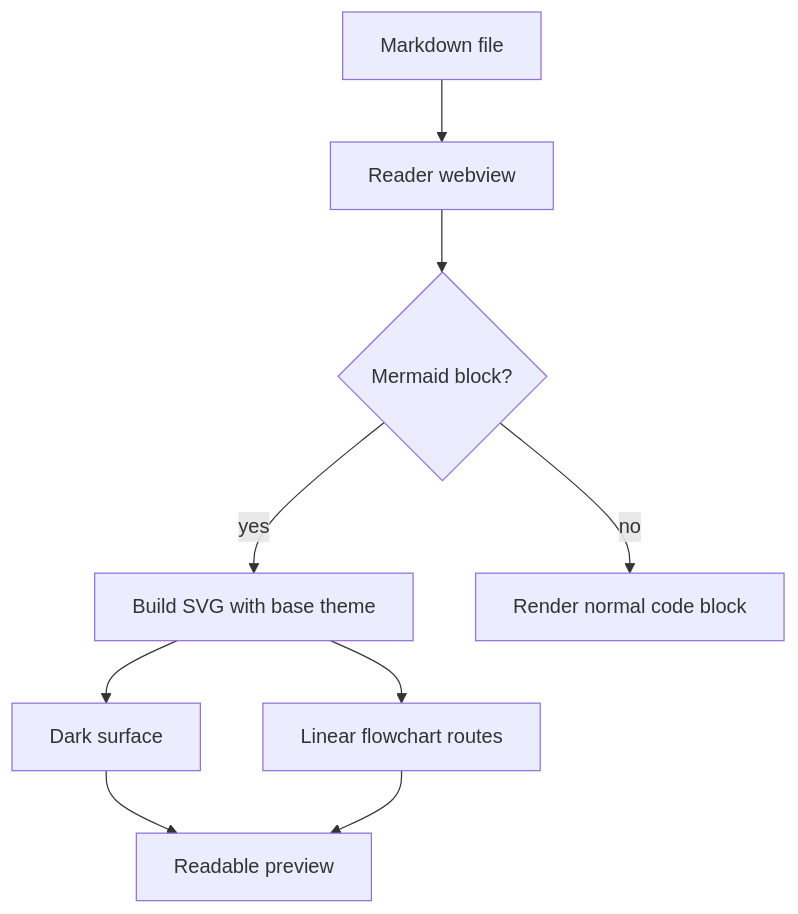
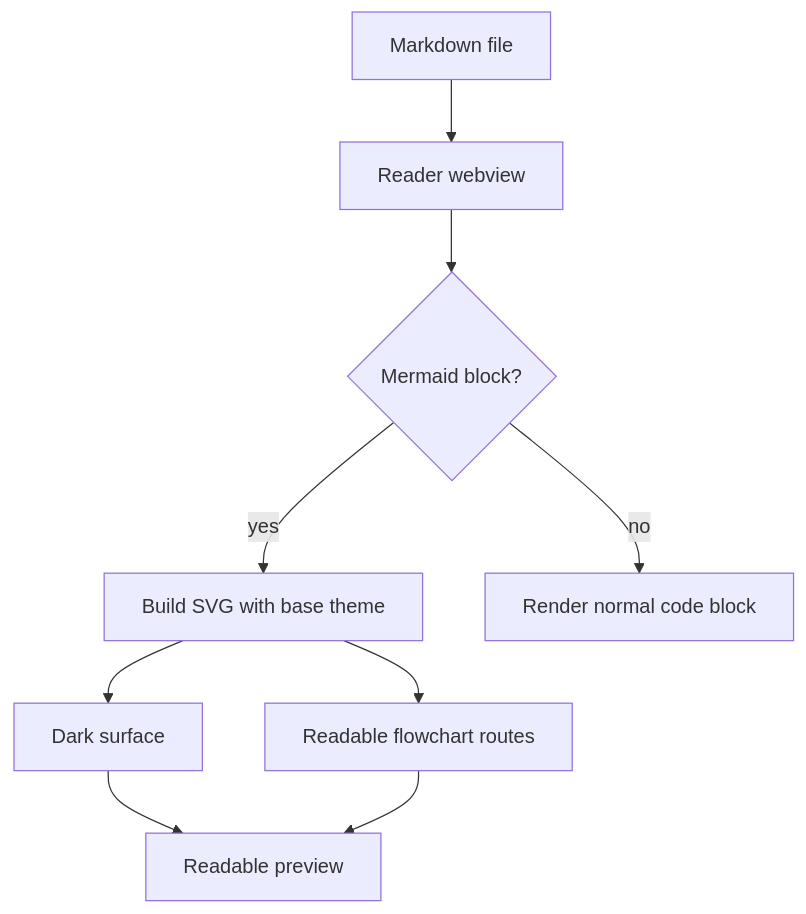
One commit to humensmoc/markdown-reader changed the first of 3 diagrams in docs/fixtures/mermaid-cursor-style-demo.md. Above: the diagram before and after it, drawn with Mermaid. The commit also changed other lines of this file and 2 other files, not shown here.

Commit message:
- fix: update flowchart curve style and improve verification logic

````diff
--- a/docs/fixtures/mermaid-cursor-style-demo.md
+++ b/docs/fixtures/mermaid-cursor-style-demo.md
@@ -13,11 +13,11 @@
 ```mermaid
 flowchart TD
   A["Markdown file"] --> B["Reader webview"]
   B --> C{"Mermaid block?"}
   C -- "yes" --> D["Build SVG with base theme"]
   D --> E["Dark surface"]
-  D --> F["Linear flowchart routes"]
+  D --> F["Readable flowchart routes"]
   E --> G["Readable preview"]
   F --> G
   C -- "no" --> H["Render normal code block"]
 ```
````
